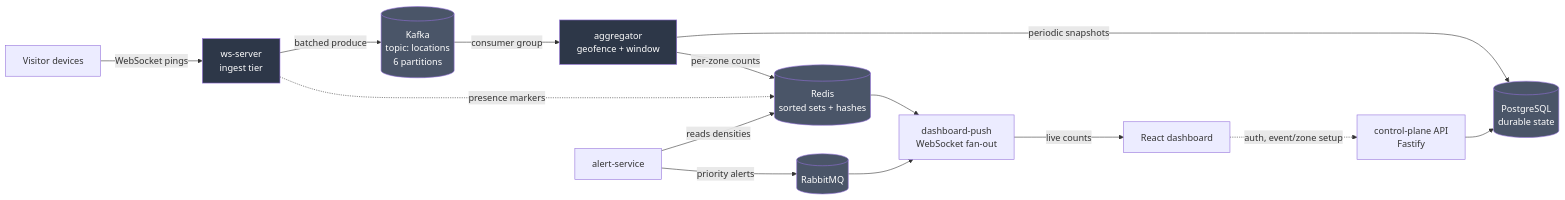
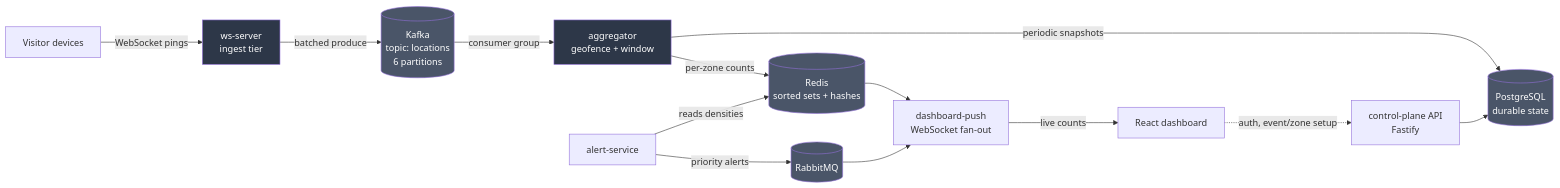
One commit to ArghyaShubhshiv/crowd-mgmt changed the diagram in README.MD. Above: the diagram before and after it, drawn with Mermaid. The commit also changed other lines of this file, not shown here.

````diff
--- a/README.MD
+++ b/README.MD
@@ -37,23 +37,22 @@
 ```mermaid
 flowchart LR
     P[Visitor devices] -->|WebSocket pings| WS[ws-server<br/>ingest tier]
     WS -->|batched produce| K[(Kafka<br/>topic: locations<br/>6 partitions)]
     K -->|consumer group| AGG[aggregator<br/>geofence + window]
     AGG -->|per-zone counts| R[(Redis<br/>sorted sets + hashes)]
-    WS -.->|presence markers| R
     R --> DP[dashboard-push<br/>WebSocket fan-out]
     DP -->|live counts| UI[React dashboard]
     AGG -->|periodic snapshots| PG[(PostgreSQL<br/>durable state)]
     ALERT[alert-service] -->|reads densities| R
     ALERT -->|priority alerts| MQ[(RabbitMQ)]
     MQ --> DP
     API[control-plane API<br/>Fastify] --> PG
     UI -.->|auth, event/zone setup| API
 
     style WS fill:#2d3748,color:#fff
     style AGG fill:#2d3748,color:#fff
     style K fill:#4a5568,color:#fff
     style R fill:#4a5568,color:#fff
     style PG fill:#4a5568,color:#fff
     style MQ fill:#4a5568,color:#fff
 ```
````
